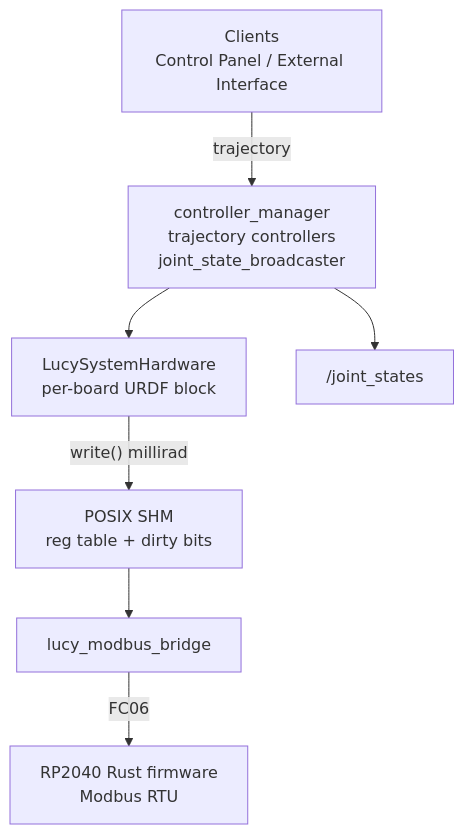
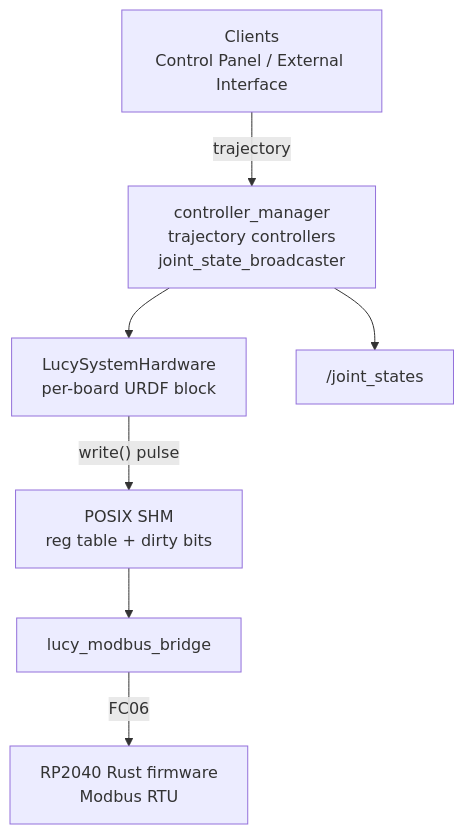
The diagram in docs/ROS2_CONTROL.md (Lucy-Robotics/lucy_ros_packages), drawn with Mermaid before and after one commit. The commit also changed other lines of this file and 11 other files, not shown here.

Commit message:
feat(control): HI writes pulse to SHM; emit min/max_pulse in xacro

````diff
--- a/docs/ROS2_CONTROL.md
+++ b/docs/ROS2_CONTROL.md
@@ -40,15 +40,15 @@
 ```mermaid
 flowchart TB
   C["Clients<br/>Control Panel / External Interface"]
   CM["controller_manager<br/>trajectory controllers<br/>joint_state_broadcaster"]
   WL["LucySystemHardware<br/>per-board URDF block"]
   SHM["POSIX SHM<br/>reg table + dirty bits"]
   BR["lucy_modbus_bridge"]
   FW["RP2040 Rust firmware<br/>Modbus RTU"]
   JS["/joint_states"]
 
   C -->|"trajectory"| CM
   CM --> WL
   CM --> JS
-  WL -->|"write() millirad"| SHM --> BR -->|"FC06"| FW
+  WL -->|"write() pulse"| SHM --> BR -->|"FC06"| FW
 ```
````
